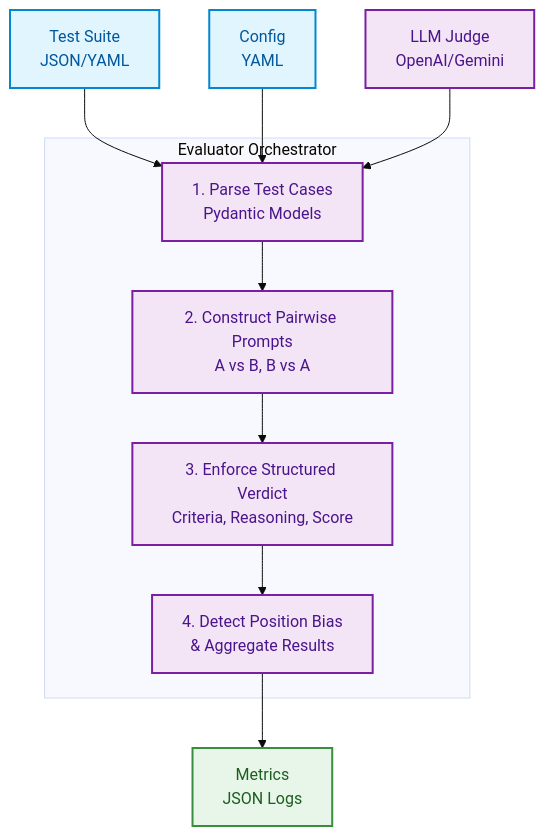
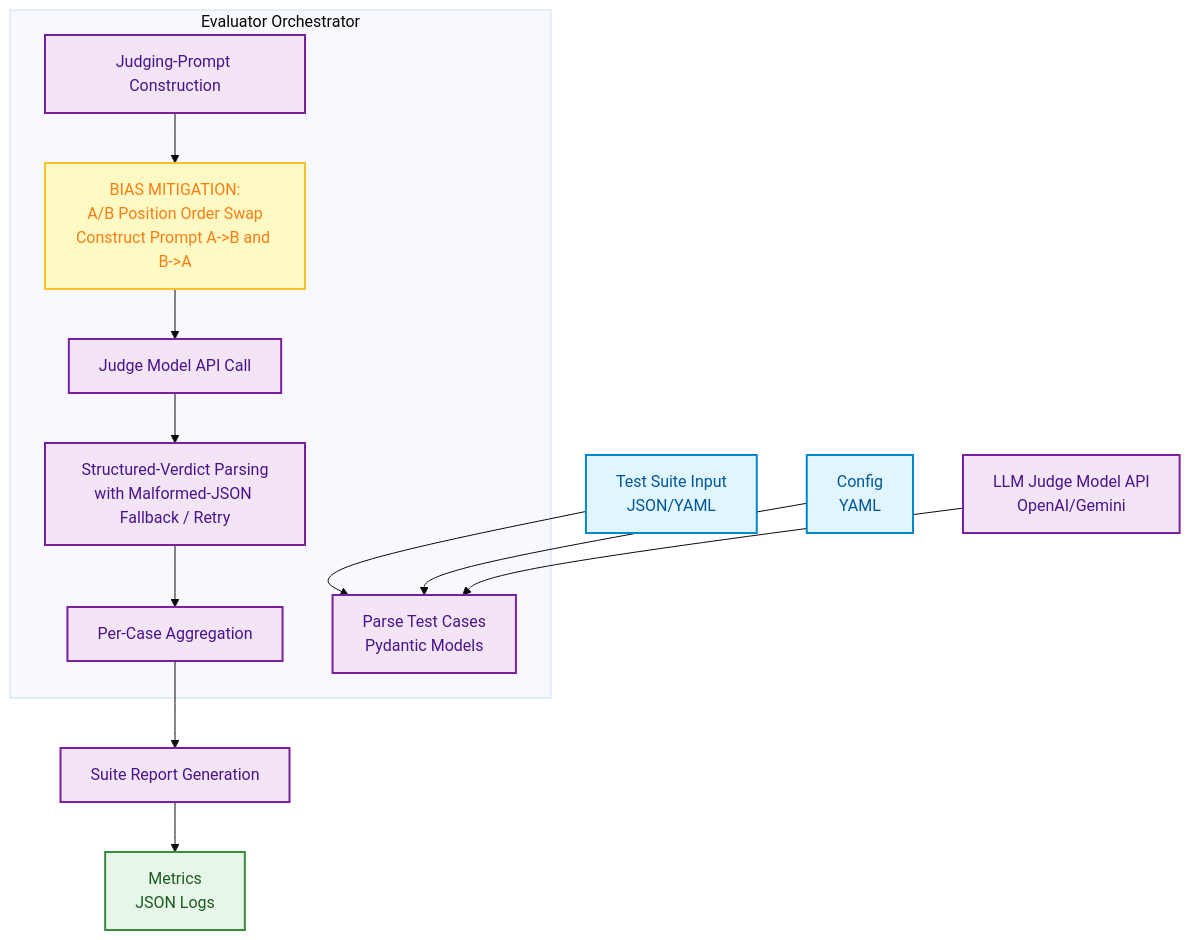
One commit to RakshithaPinjala/llm-as-judge changed the diagram in README.md. Above: the diagram before and after it, drawn with Mermaid (base theme). The commit also changed 1 other file, not shown here.

Commit message:
Update form answers and detailed diagram

````diff
--- a/README.md
+++ b/README.md
@@ -7,25 +7,31 @@
 ```mermaid
 graph TD
     classDef file fill:#e1f5fe,stroke:#0288d1,stroke-width:2px,color:#01579b
     classDef logic fill:#f3e5f5,stroke:#7b1fa2,stroke-width:2px,color:#4a148c
     classDef output fill:#e8f5e9,stroke:#388e3c,stroke-width:2px,color:#1b5e20
+    classDef mitigate fill:#fff9c4,stroke:#fbc02d,stroke-width:2px,color:#f57f17
     
-    A[Test Suite<br/>JSON/YAML]:::file
+    A[Test Suite Input<br/>JSON/YAML]:::file
     B[Config<br/>YAML]:::file
-    C[LLM Judge<br/>OpenAI/Gemini]:::logic
+    C[LLM Judge Model API<br/>OpenAI/Gemini]:::logic
     
     A --> D
     B --> D
     C --> D
     
     subgraph Evaluator Orchestrator
-        D[1. Parse Test Cases<br/>Pydantic Models]:::logic
-        E[2. Construct Pairwise Prompts<br/>A vs B, B vs A]:::logic
-        F[3. Enforce Structured Verdict<br/>Criteria, Reasoning, Score]:::logic
-        G[4. Detect Position Bias<br/>& Aggregate Results]:::logic
+        D[Parse Test Cases<br/>Pydantic Models]:::logic
+        E[Judging-Prompt Construction]:::logic
         
-        D --> E --> F --> G
+        M1[BIAS MITIGATION:<br/>A/B Position Order Swap<br/>Construct Prompt A->B and B->A]:::mitigate
+        E --> M1
+        
+        M1 --> F[Judge Model API Call]:::logic
+        
+        F --> G[Structured-Verdict Parsing<br/>with Malformed-JSON Fallback / Retry]:::logic
+        G --> H[Per-Case Aggregation]:::logic
     end
     
-    G --> H[Metrics<br/>JSON Logs]:::output
+    H --> I[Suite Report Generation]:::logic
+    I --> J[Metrics<br/>JSON Logs]:::output
 ```
````
